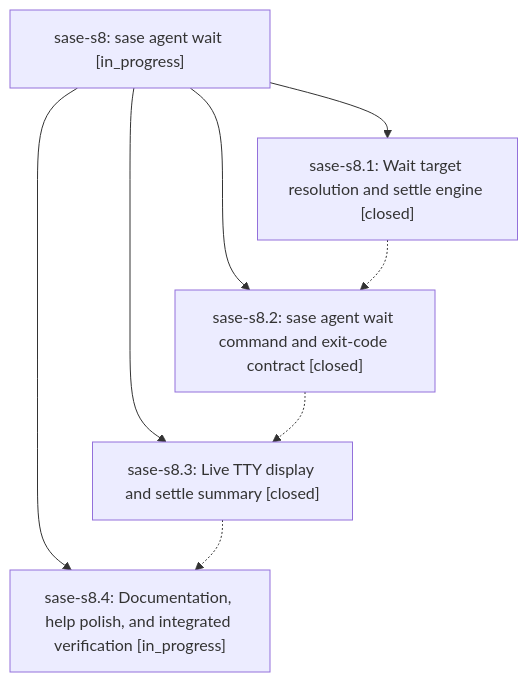
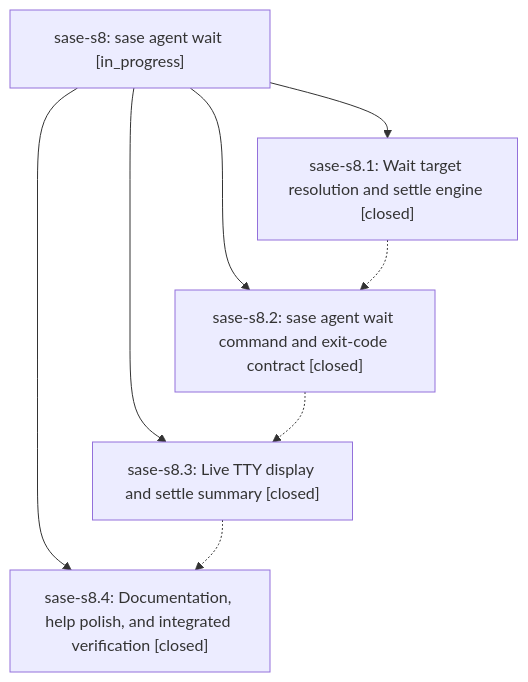
Before and after one commit to sase-org/sase--beads: the diagram in pages/sase-s8/README.md, drawn with Mermaid. The commit also changed other lines of this file and 2 other files, not shown here.

First line of the commit message:
chore(beads): sync bead state and pages for sase-s8

````diff
--- a/pages/sase-s8/README.md
+++ b/pages/sase-s8/README.md
@@ -25,15 +31,15 @@
 ```mermaid
 flowchart TD
     n0["sase-s8: sase agent wait [in_progress]"]
     n1["sase-s8.1: Wait target resolution and settle engine [closed]"]
     n2["sase-s8.2: sase agent wait command and exit-code contract [closed]"]
     n3["sase-s8.3: Live TTY display and settle summary [closed]"]
-    n4["sase-s8.4: Documentation, help polish, and integrated verification [in_progress]"]
+    n4["sase-s8.4: Documentation, help polish, and integrated verification [closed]"]
     n0 --> n1
     n0 --> n2
     n0 --> n3
     n0 --> n4
     n1 -.-> n2
     n2 -.-> n3
     n3 -.-> n4
 ```
````
